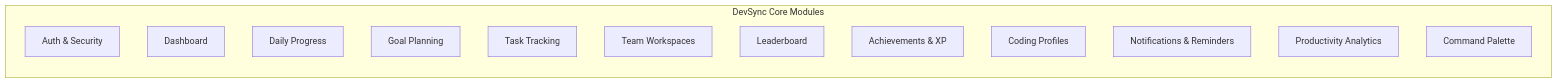
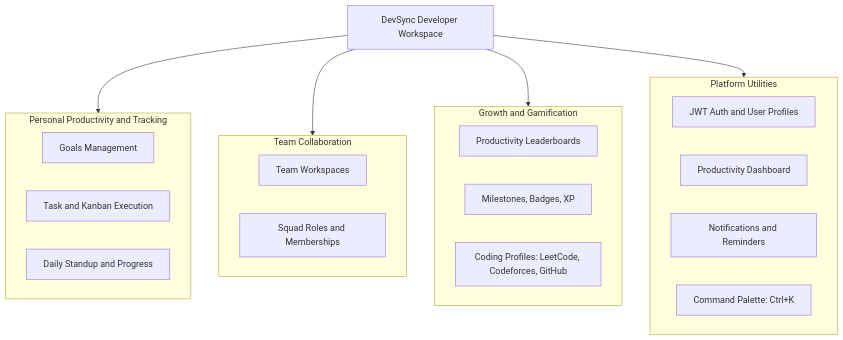
The second of 4 diagrams in README.md (RANAPRINCE06/DevSync), drawn with Mermaid before and after one commit. The commit also changed other lines of this file, not shown here.

Commit message:
fix(docs): resolve Mermaid syntax errors in architecture and module diagrams

````diff
--- a/README.md
+++ b/README.md
@@ -189,17 +198,33 @@
 ```mermaid
-graph LR
-    subgraph Core["DevSync Core Modules"]
-        M1["Auth & Security"]
-        M2["Dashboard"]
-        M3["Daily Progress"]
-        M4["Goal Planning"]
-        M5["Task Tracking"]
-        M6["Team Workspaces"]
-        M7["Leaderboard"]
-        M8["Achievements & XP"]
-        M9["Coding Profiles"]
-        M10["Notifications & Reminders"]
-        M11["Productivity Analytics"]
-        M12["Command Palette"]
+flowchart TD
+    User["DevSync Developer Workspace"]
+
+    subgraph Productivity [Personal Productivity and Tracking]
+        Goals["Goals Management"]
+        Tasks["Task and Kanban Execution"]
+        Progress["Daily Standup and Progress"]
     end
+
+    subgraph Collaboration [Team Collaboration]
+        Teams["Team Workspaces"]
+        Roles["Squad Roles and Memberships"]
+    end
+
+    subgraph Gamification [Growth and Gamification]
+        Leaderboard["Productivity Leaderboards"]
+        Achievements["Milestones, Badges, XP"]
+        Profiles["Coding Profiles: LeetCode, Codeforces, GitHub"]
+    end
+
+    subgraph Utilities [Platform Utilities]
+        Auth["JWT Auth and User Profiles"]
+        Dashboard["Productivity Dashboard"]
+        Notifs["Notifications and Reminders"]
+        CmdPal["Command Palette: Ctrl+K"]
+    end
+
+    User --> Productivity
+    User --> Collaboration
+    User --> Gamification
+    User --> Utilities
 ```
````
